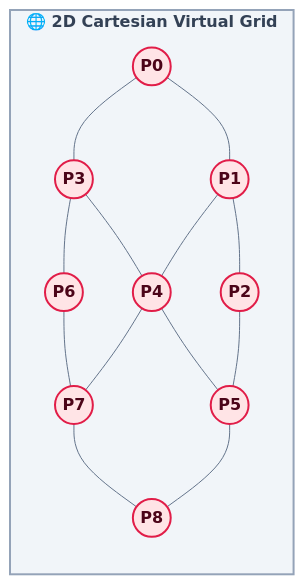
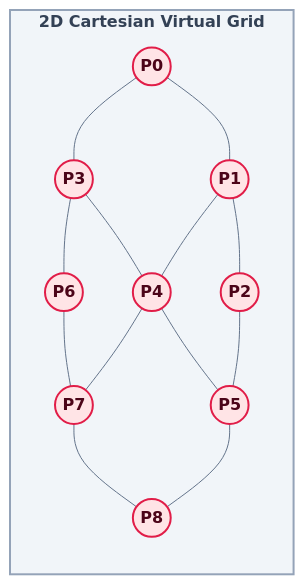
Before and after one commit to RameenAnwar/PDC-SP26-SE: the eighth of 8 diagrams in SyedMuhammadHuzaifaAshrafi-(23FA-035-SE)/Chapter04/README.md, drawn with Mermaid. The commit also changed other lines of this file and 5 other files, not shown here.

````diff
--- a/SyedMuhammadHuzaifaAshrafi-(23FA-035-SE)/Chapter04/README.md
+++ b/SyedMuhammadHuzaifaAshrafi-(23FA-035-SE)/Chapter04/README.md
@@ -227,21 +227,21 @@
 ```mermaid
 %%{init: {'theme': 'base', 'themeVariables': { 'lineColor': '#64748b', 'primaryColor': '#f8fafc', 'primaryTextColor': '#0f172a', 'primaryBorderColor': '#cbd5e1' }}}%%
 flowchart TD
     %% Premium Grid Visual
     classDef grid fill:#ffe4e6,stroke:#e11d48,stroke-width:2px,color:#4c0519,font-weight:bold
     classDef bg fill:#f1f5f9,stroke:#94a3b8,stroke-width:2px,color:#334155,font-weight:bold
 
-    subgraph TOPOLOGY ["🌐 2D Cartesian Virtual Grid"]
+    subgraph TOPOLOGY ["2D Cartesian Virtual Grid"]
         direction TB
         P0((P0)) --- P1((P1)) --- P2((P2))
         P3((P3)) --- P4((P4)) --- P5((P5))
         P6((P6)) --- P7((P7)) --- P8((P8))
         
         P0 --- P3 --- P6
         P1 --- P4 --- P7
         P2 --- P5 --- P8
     end
     
     class P0,P1,P2,P3,P4,P5,P6,P7,P8 grid
     class TOPOLOGY bg
 ```
````
